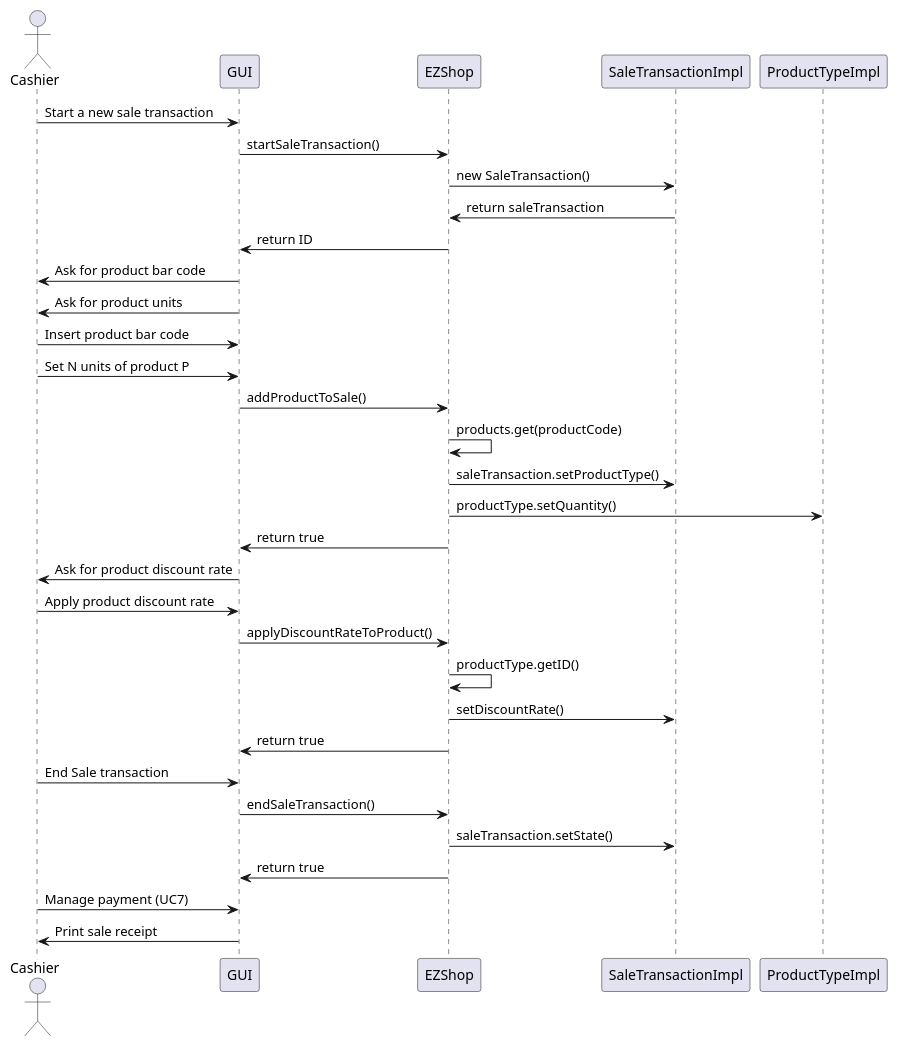
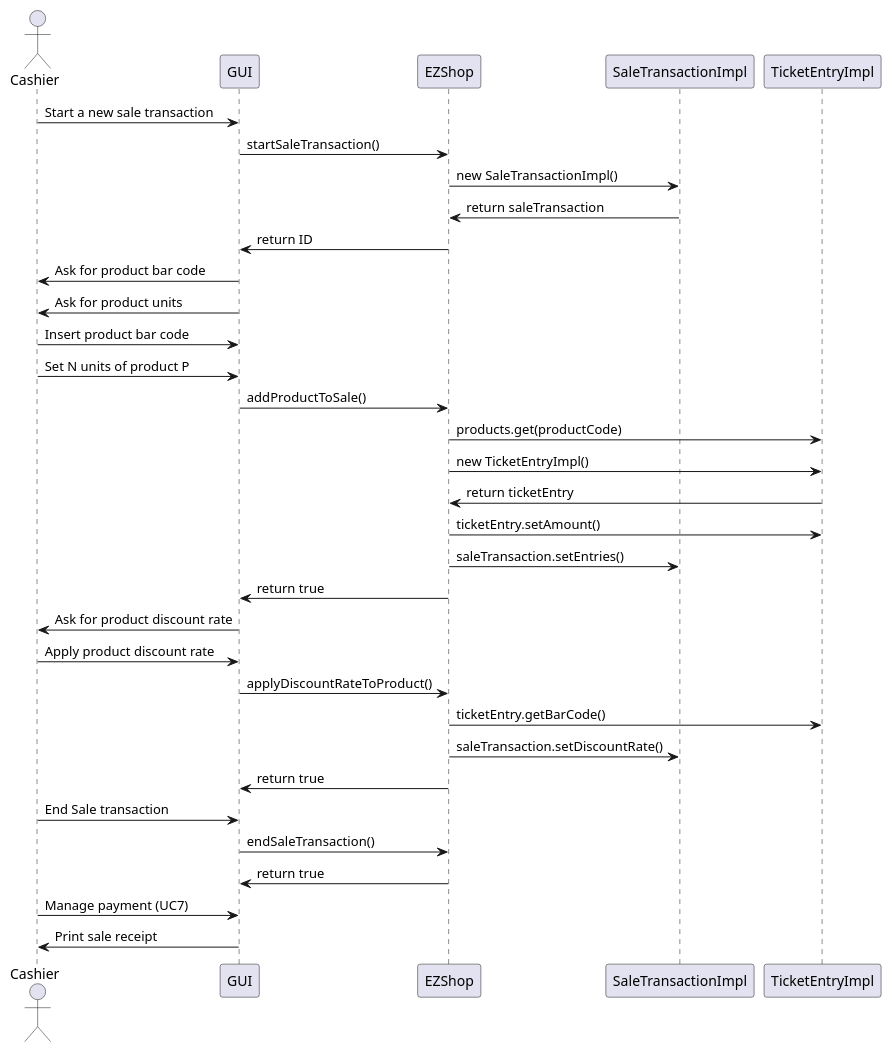
One commit to ThePiromaximus/ezshop changed diagram 13 of 19 in Deliverables/DesignDocument.md. Above: the diagram before and after it, drawn with PlantUML. The commit also changed other lines of this file, not shown here.

````diff
--- a/Deliverables/DesignDocument.md
+++ b/Deliverables/DesignDocument.md
@@ -431,31 +432,32 @@
 ```plantuml
 @startuml
 actor Cashier
 Cashier -> GUI: Start a new sale transaction
 GUI  -> EZShop: startSaleTransaction()
-EZShop -> SaleTransactionImpl: new SaleTransaction()
+EZShop -> SaleTransactionImpl: new SaleTransactionImpl()
 EZShop <- SaleTransactionImpl: return saleTransaction
 GUI <- EZShop: return ID
 GUI -> Cashier: Ask for product bar code
 GUI -> Cashier: Ask for product units
 Cashier -> GUI: Insert product bar code
 Cashier -> GUI: Set N units of product P
 GUI  -> EZShop: addProductToSale()
-EZShop -> EZShop: products.get(productCode)
-EZShop -> SaleTransactionImpl: saleTransaction.setProductType()
-EZShop -> ProductTypeImpl : productType.setQuantity()
+EZShop -> TicketEntryImpl: products.get(productCode)
+EZShop -> TicketEntryImpl: new TicketEntryImpl()
+TicketEntryImpl -> EZShop: return ticketEntry
+EZShop -> TicketEntryImpl : ticketEntry.setAmount()
+EZShop -> SaleTransactionImpl: saleTransaction.setEntries()
 EZShop -> GUI: return true
 GUI -> Cashier : Ask for product discount rate 
 Cashier -> GUI: Apply product discount rate  
 GUI -> EZShop: applyDiscountRateToProduct()
-EZShop -> EZShop : productType.getID()
-EZShop -> SaleTransactionImpl: setDiscountRate()
+EZShop -> TicketEntryImpl : ticketEntry.getBarCode()
+EZShop -> SaleTransactionImpl: saleTransaction.setDiscountRate()
 EZShop -> GUI: return true
 Cashier -> GUI: End Sale transaction
 GUI  -> EZShop: endSaleTransaction()
-EZShop -> SaleTransactionImpl: saleTransaction.setState()
 GUI <- EZShop: return true
 Cashier -> GUI: Manage payment (UC7)
 Cashier <- GUI: Print sale receipt
 @enduml
 ```
````
